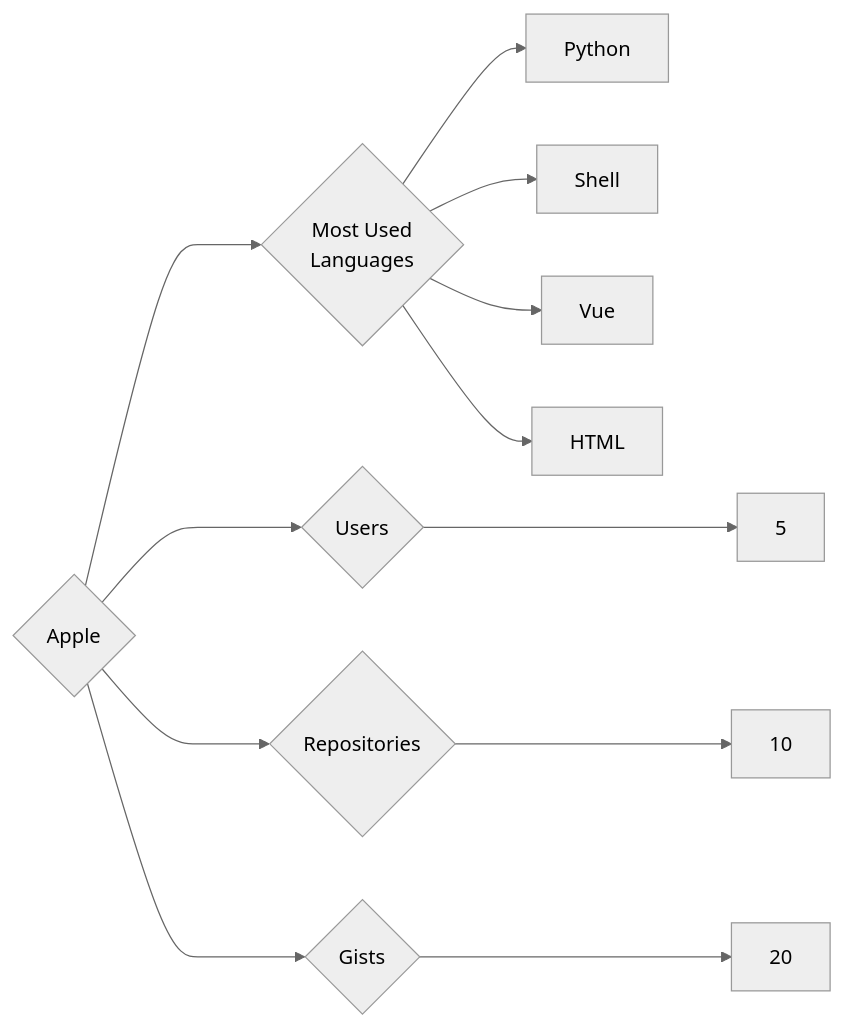
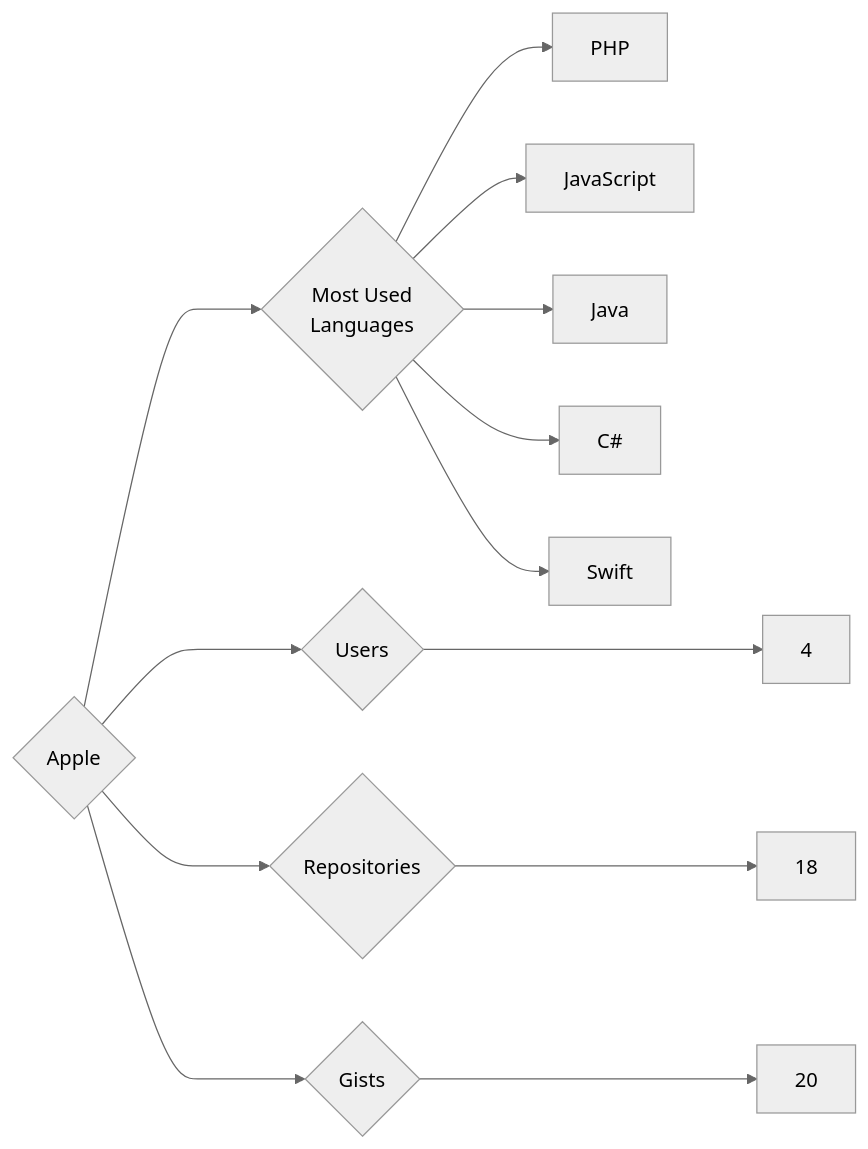
Before and after one commit to trickest/insiders: the diagram in targets/Apple/README.md, drawn with Mermaid (neutral theme). The commit also changed 993 other files, not shown here.

````diff
--- a/targets/Apple/README.md
+++ b/targets/Apple/README.md
@@ -3,12 +3,13 @@
 ```mermaid
 graph LR
 COMPANY_NAME{Apple}
-COMPANY_NAME ---> U{Users} ---> UN[5]
-COMPANY_NAME ---> R{Repositories} ---> RN[10]
+COMPANY_NAME ---> U{Users} ---> UN[4]
+COMPANY_NAME ---> R{Repositories} ---> RN[18]
 COMPANY_NAME ---> G{Gists} ---> GN[20]
 COMPANY_NAME ---> ML{Most Used<br>Languages}
-ML --> Python[Python]
-ML --> Shell[Shell]
-ML --> Vue[Vue]
-ML --> HTML[HTML]
+ML --> PHP[PHP]
+ML --> JavaScript[JavaScript]
+ML --> Java[Java]
+ML --> C#[C#]
+ML --> Swift[Swift]
 ```
````
